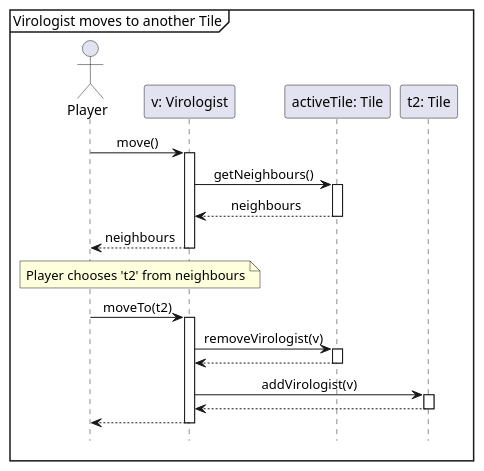
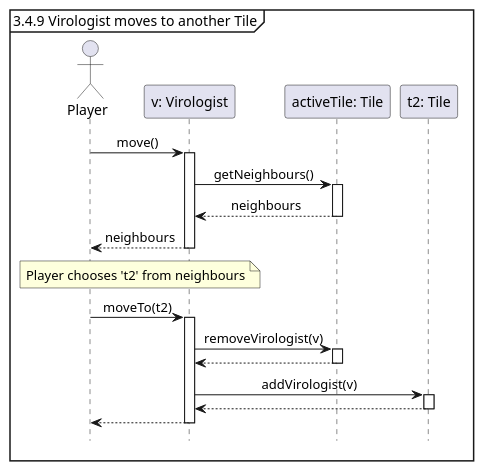
One commit to Tschonti/503-service-unavailable changed the diagram in docs/seqDiagrams/08playerMove.puml. Above: the diagram before and after it, drawn with PlantUML. The commit also changed 5 other files, not shown here.

```diff
--- a/docs/seqDiagrams/08playerMove.puml
+++ b/docs/seqDiagrams/08playerMove.puml
@@ -1,25 +1,26 @@
 @startuml
 'https://plantuml.com/sequence-diagram
 
 hide footbox
 
 skinparam sequenceMessageAlign center
-mainframe Virologist moves to another Tile
+
+mainframe 3.4.9 Virologist moves to another Tile
 
 actor Player as p
 participant "v: Virologist" as v
 participant "activeTile: Tile" as t1
 participant "t2: Tile" as t2
 
 p -> v++ : move()
     v -> t1 ++ : getNeighbours()
     return neighbours
 return neighbours
 note over p,v: Player chooses 't2' from neighbours
 p -> v ++: moveTo(t2)
     v -> t1 ++ : removeVirologist(v)
     return
     v -> t2 ++ : addVirologist(v)
     return
 return
 @enduml
```
